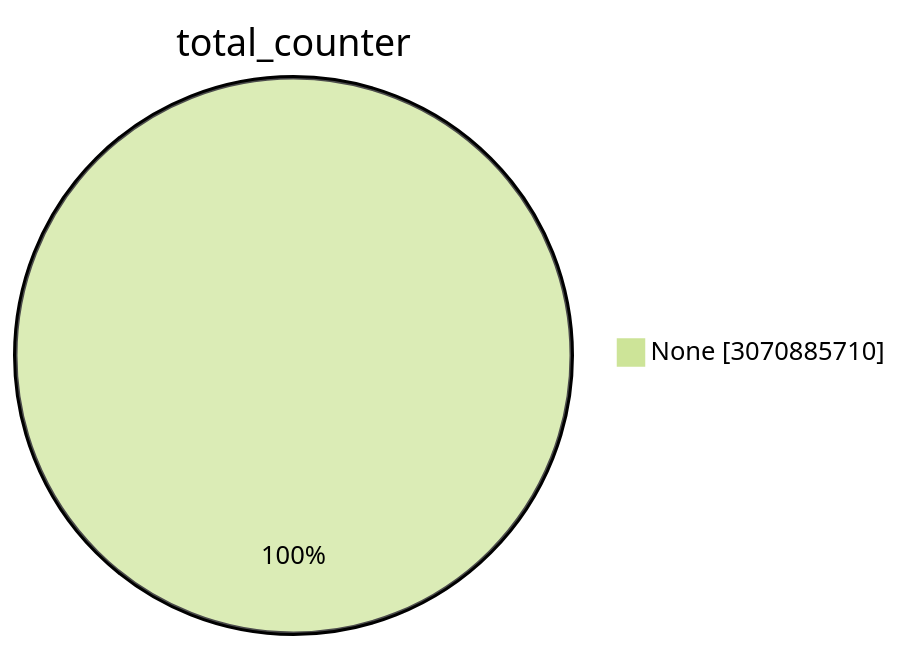
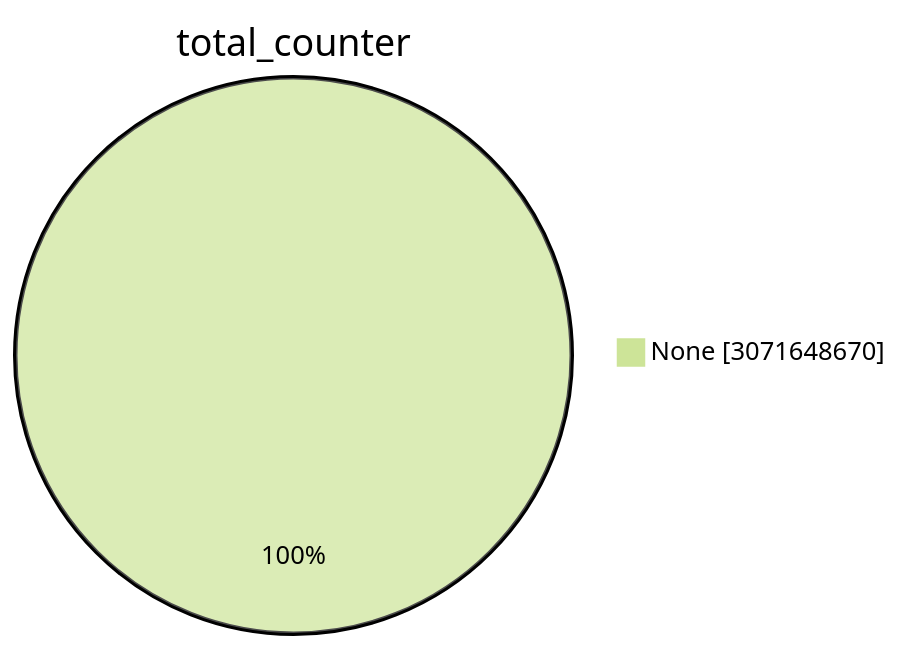
The first of 15 diagrams in TOTAL/README.md (christiankrug/ctmonitor_visualization), drawn with Mermaid (forest theme) before and after one commit. The commit also changed other lines of this file, not shown here.

````diff
--- a/TOTAL/README.md
+++ b/TOTAL/README.md
@@ -1,5 +1,5 @@
 ```mermaid
 pie showData
 title total_counter
-"None" :3070885710
+"None" :3071648670
 ```
````
